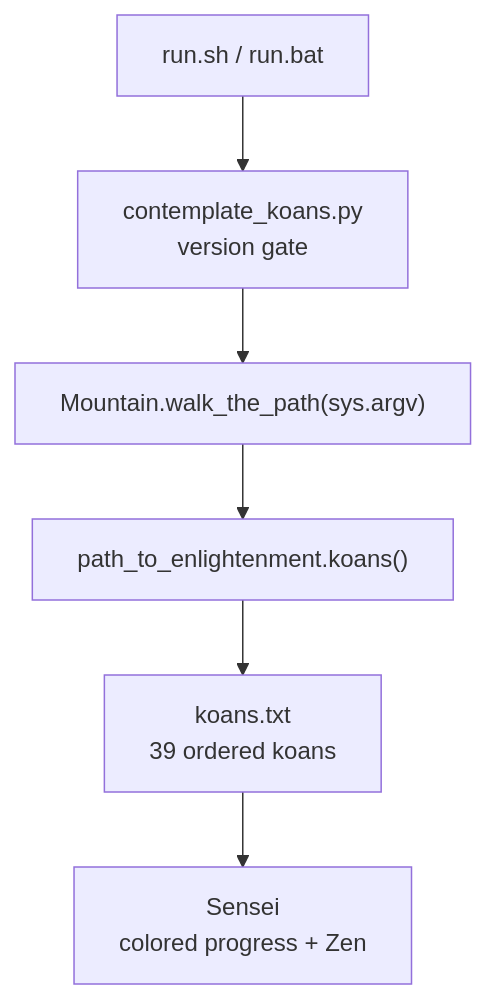
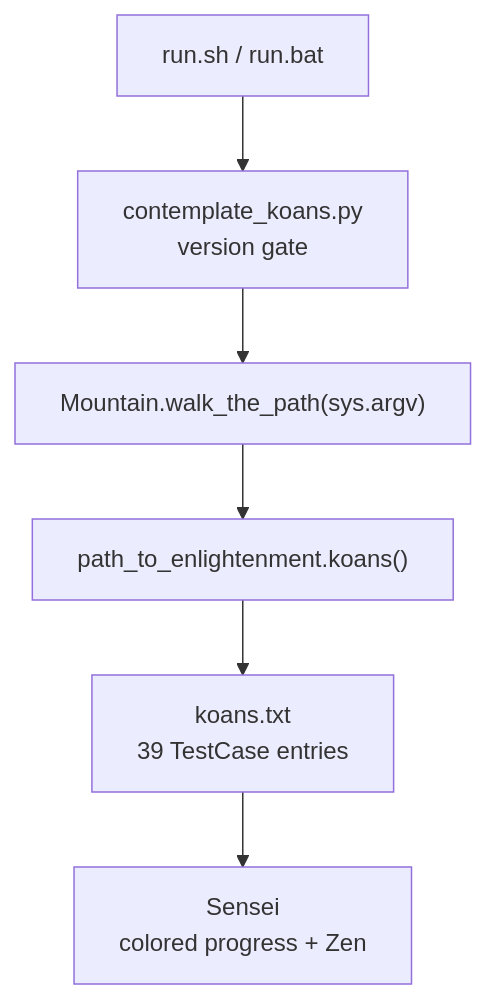
One commit to lakshya-blitzy/Test_Case_4_Nested_Submodule_Donot_use_main changed the diagram in docs/architecture.md. Above: the diagram before and after it, drawn with Mermaid. The commit also changed other lines of this file and 24 other files, not shown here.

````diff
--- a/docs/architecture.md
+++ b/docs/architecture.md
@@ -76,8 +80,8 @@
 ```mermaid
 flowchart TD
     A["run.sh / run.bat"] --> B["contemplate_koans.py<br/>version gate"]
     B --> C["Mountain.walk_the_path(sys.argv)"]
     C --> D["path_to_enlightenment.koans()"]
-    D --> E["koans.txt<br/>39 ordered koans"]
+    D --> E["koans.txt<br/>39 TestCase entries"]
     E --> F["Sensei<br/>colored progress + Zen"]
 ```
````
